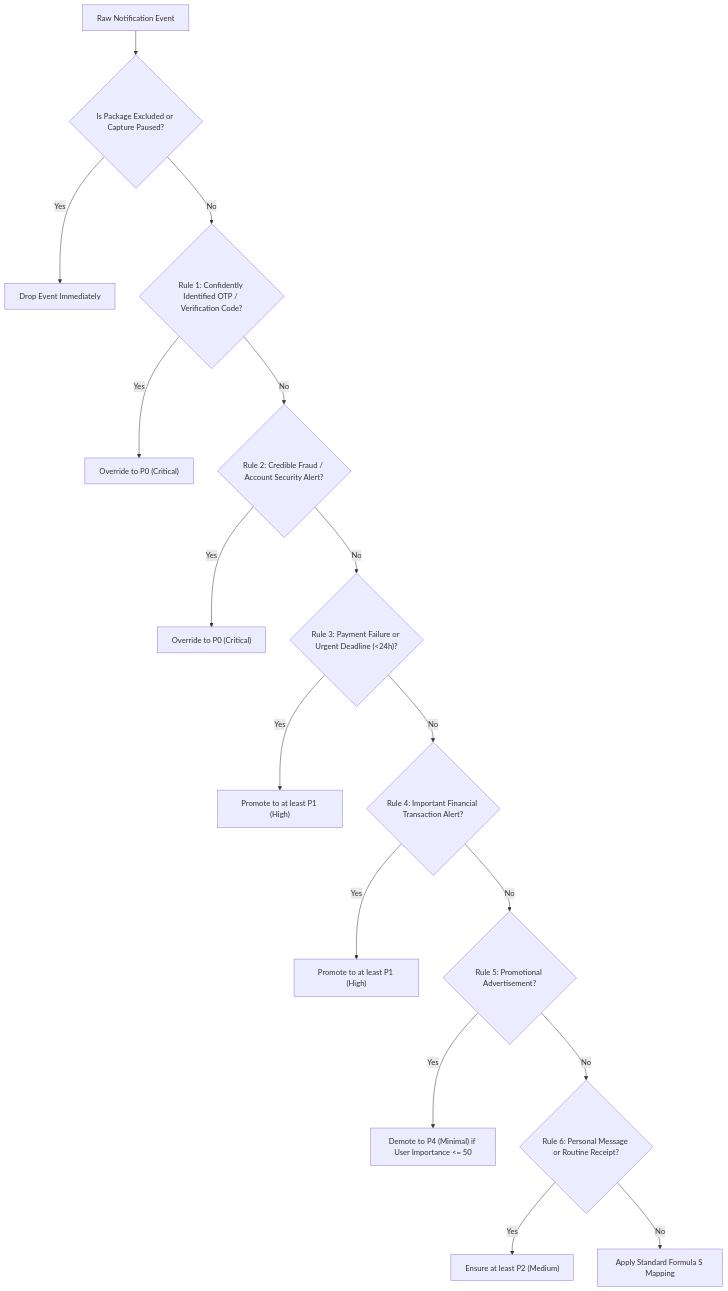
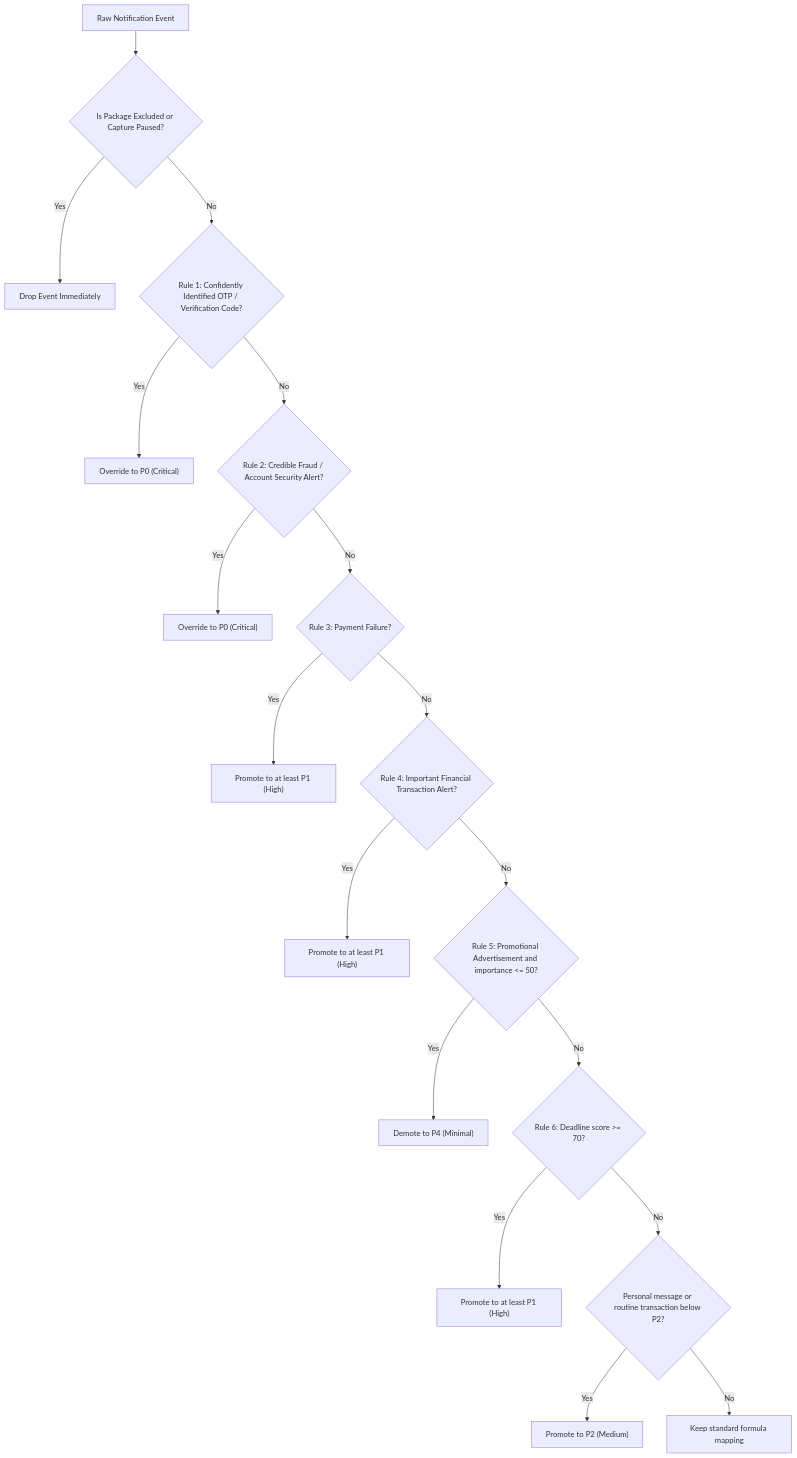
Before and after one commit to Amay100506/neww: the diagram in docs/priority_policy.md, drawn with Mermaid. The commit also changed other lines of this file and 102 other files, not shown here.

````diff
--- a/docs/priority_policy.md
+++ b/docs/priority_policy.md
@@ -57,18 +47,20 @@
 ```mermaid
 flowchart TD
     A["Raw Notification Event"] --> B{"Is Package Excluded or Capture Paused?"}
     B -->|"Yes"| C["Drop Event Immediately"]
     B -->|"No"| D{"Rule 1: Confidently Identified OTP / Verification Code?"}
     D -->|"Yes"| E["Override to P0 (Critical)"]
     D -->|"No"| F{"Rule 2: Credible Fraud / Account Security Alert?"}
     F -->|"Yes"| G["Override to P0 (Critical)"]
-    F -->|"No"| H{"Rule 3: Payment Failure or Urgent Deadline (<24h)?"}
+    F -->|"No"| H{"Rule 3: Payment Failure?"}
     H -->|"Yes"| I["Promote to at least P1 (High)"]
     H -->|"No"| J{"Rule 4: Important Financial Transaction Alert?"}
     J -->|"Yes"| K["Promote to at least P1 (High)"]
-    J -->|"No"| L{"Rule 5: Promotional Advertisement?"}
-    L -->|"Yes"| M["Demote to P4 (Minimal) if User Importance <= 50"]
-    L -->|"No"| N{"Rule 6: Personal Message or Routine Receipt?"}
-    N -->|"Yes"| O["Ensure at least P2 (Medium)"]
-    N -->|"No"| P["Apply Standard Formula S Mapping"]
+    J -->|"No"| L{"Rule 5: Promotional Advertisement and importance <= 50?"}
+    L -->|"Yes"| M["Demote to P4 (Minimal)"]
+    L -->|"No"| N{"Rule 6: Deadline score >= 70?"}
+    N -->|"Yes"| O["Promote to at least P1 (High)"]
+    N -->|"No"| P{"Personal message or routine transaction below P2?"}
+    P -->|"Yes"| Q["Promote to P2 (Medium)"]
+    P -->|"No"| R["Keep standard formula mapping"]
 ```
````
